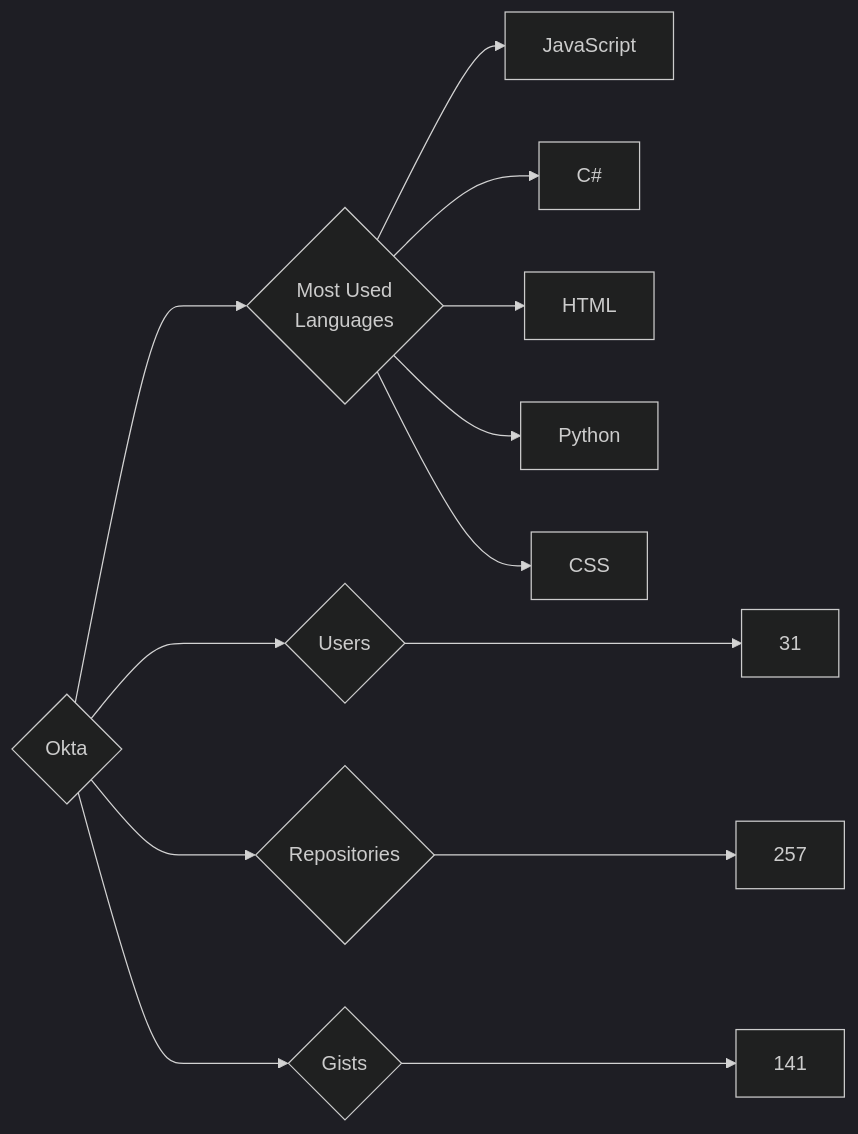
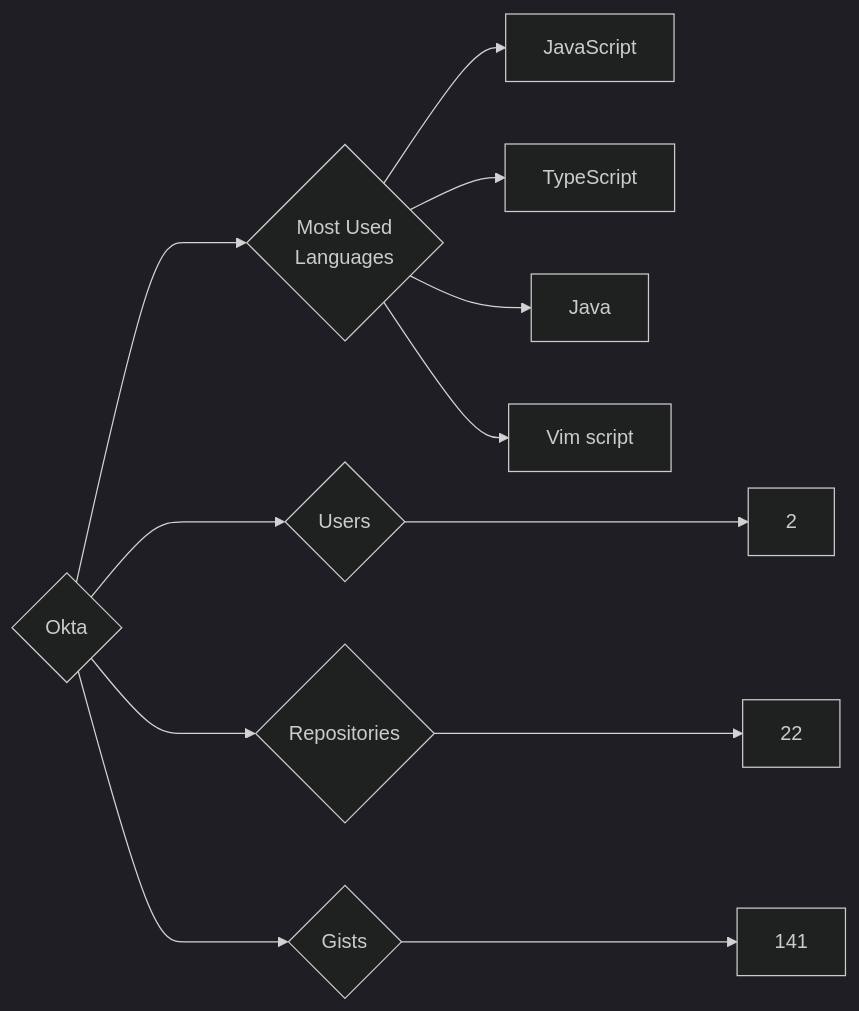
Before and after one commit to trickest/insiders: the diagram in targets/Okta/README.md, drawn with Mermaid (dark theme). The commit also changed 912 other files, not shown here.

````diff
--- a/targets/Okta/README.md
+++ b/targets/Okta/README.md
@@ -3,13 +3,12 @@
 ```mermaid
 graph LR
 COMPANY_NAME{Okta}
-COMPANY_NAME ---> U{Users} ---> UN[31]
-COMPANY_NAME ---> R{Repositories} ---> RN[257]
+COMPANY_NAME ---> U{Users} ---> UN[2]
+COMPANY_NAME ---> R{Repositories} ---> RN[22]
 COMPANY_NAME ---> G{Gists} ---> GN[141]
 COMPANY_NAME ---> ML{Most Used<br>Languages}
 ML --> JavaScript[JavaScript]
-ML --> C#[C#]
-ML --> HTML[HTML]
-ML --> Python[Python]
-ML --> CSS[CSS]
+ML --> TypeScript[TypeScript]
+ML --> Java[Java]
+ML --> Vim_script[Vim script]
 ```
````
